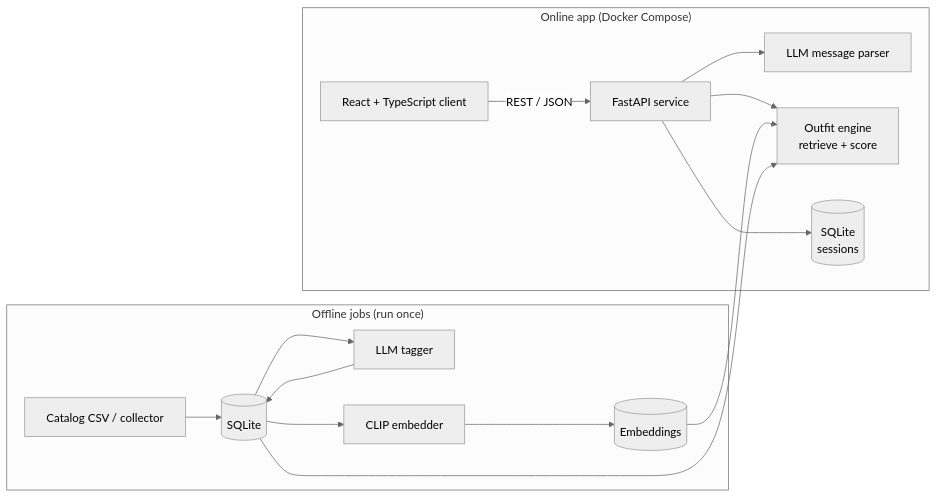
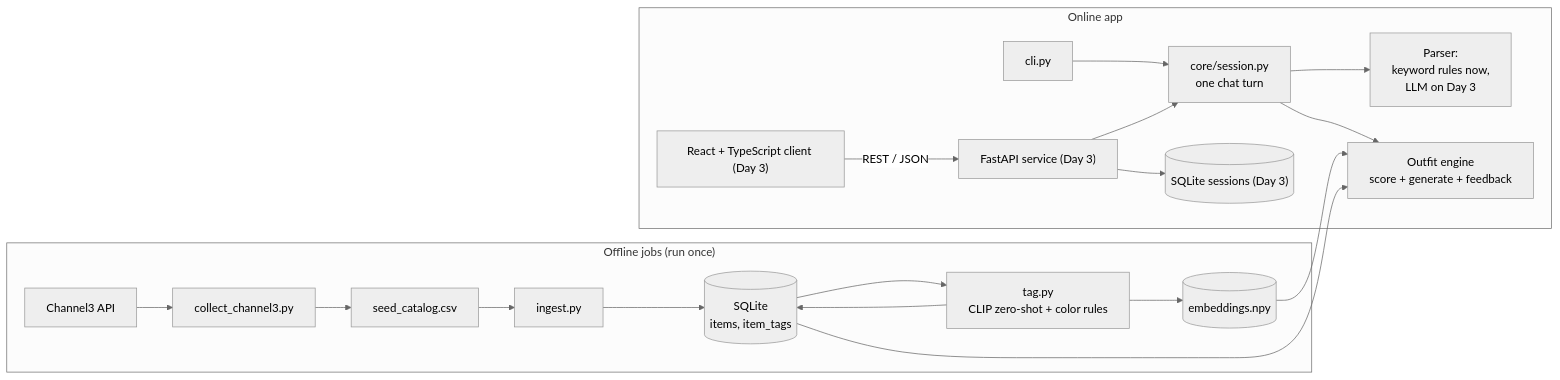
The diagram in docs/TECH_SPEC.md (pateljiyab/AritziasVeryOwn), drawn with Mermaid (neutral theme) before and after one commit. The commit also changed other lines of this file and 2 other files, not shown here.

````diff
--- a/docs/TECH_SPEC.md
+++ b/docs/TECH_SPEC.md
@@ -15,19 +16,21 @@
 ```mermaid
 flowchart LR
     subgraph Offline["Offline jobs (run once)"]
-        A[Catalog CSV / collector] --> B[(SQLite)]
-        B --> C[LLM tagger]
-        C --> B
-        B --> D[CLIP embedder]
-        D --> E[(Embeddings)]
+        C3[Channel3 API] --> COL[collect_channel3.py] --> CSV[seed_catalog.csv]
+        CSV --> ING[ingest.py] --> B[(SQLite<br/>items, item_tags)]
+        B --> T[tag.py<br/>CLIP zero-shot + color rules]
+        T --> B
+        T --> E[(embeddings.npy)]
     end
 
-    subgraph Online["Online app (Docker Compose)"]
-        W[React + TypeScript client] -->|REST / JSON| API[FastAPI service]
-        API --> L[LLM message parser]
-        API --> G[Outfit engine<br/>retrieve + score]
+    subgraph Online["Online app"]
+        CLI[cli.py] --> TURN
+        W["React + TypeScript client (Day 3)"] -->|REST / JSON| API["FastAPI service (Day 3)"]
+        API --> TURN[core/session.py<br/>one chat turn]
+        TURN --> P[Parser:<br/>keyword rules now,<br/>LLM on Day 3]
+        TURN --> G[Outfit engine<br/>score + generate + feedback]
         E --> G
         B --> G
-        API --> S[(SQLite<br/>sessions)]
+        API --> S[("SQLite sessions (Day 3)")]
     end
 ```
````
